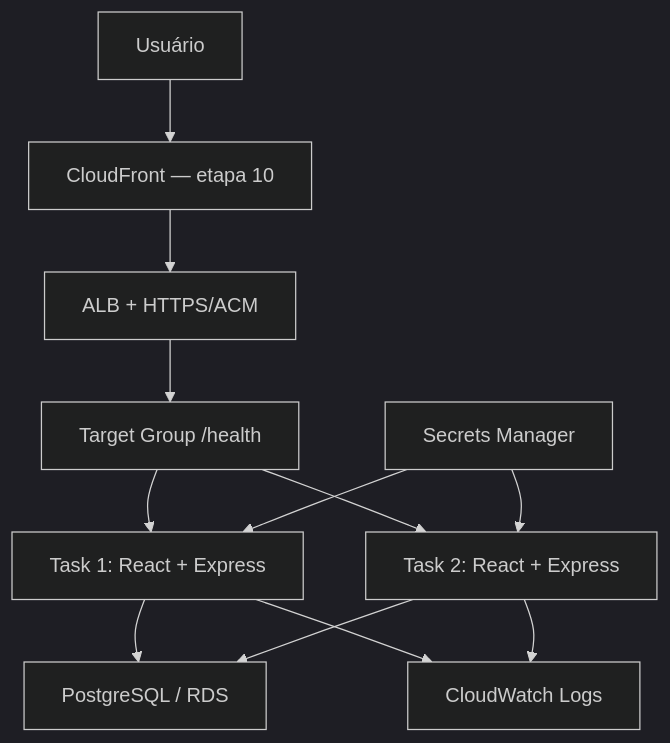
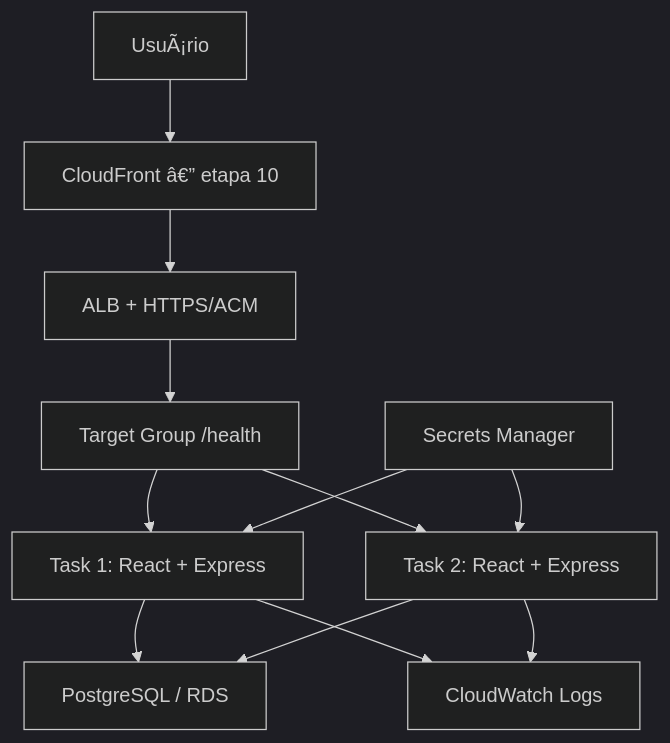
One commit to fernetone/cloudtasks-aws-portfolio changed the second of 2 diagrams in docs/ARCHITECTURE.md. Above: the diagram before and after it, drawn with Mermaid (dark theme). The commit also changed other lines of this file and 9 other files, not shown here.

````diff
--- a/docs/ARCHITECTURE.md
+++ b/docs/ARCHITECTURE.md
@@ -28,14 +28,14 @@
 ```mermaid
 flowchart TD
-  user["Usuário"] --> cf["CloudFront — etapa 10"]
+  user["UsuÃ¡rio"] --> cf["CloudFront â€” etapa 10"]
   cf --> alb["ALB + HTTPS/ACM"]
   alb --> tg["Target Group /health"]
   tg --> t1["Task 1: React + Express"]
   tg --> t2["Task 2: React + Express"]
   t1 --> db["PostgreSQL / RDS"]
   t2 --> db
   sm["Secrets Manager"] --> t1
   sm --> t2
   t1 --> logs["CloudWatch Logs"]
   t2 --> logs
 ```
````
